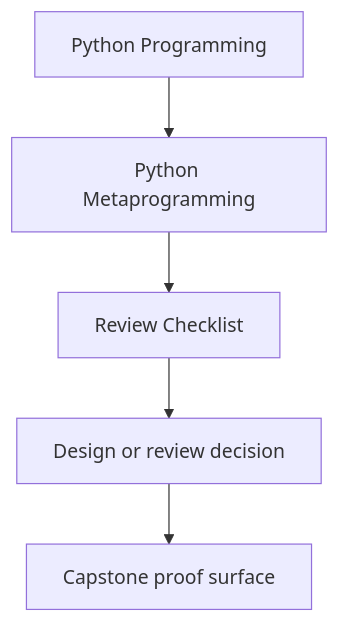
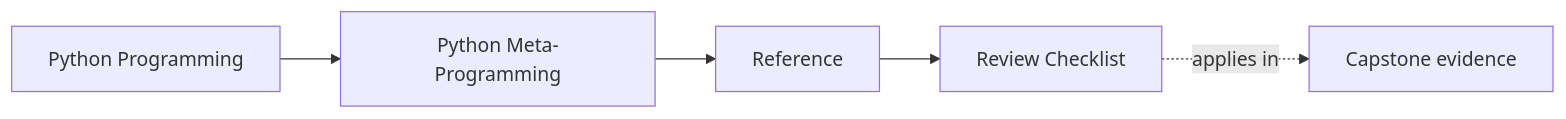
Before and after one commit to bijux/bijux-masterclass: the first of 2 diagrams in programs/python-programming/python-meta-programming/course-book/reference/review-checklist.md, drawn with Mermaid. The commit also changed other lines of this file and 91 other files, not shown here.

Commit message:
docs(python-meta-programming): map advanced runtime and capstone surfaces

````diff
--- a/programs/python-programming/python-meta-programming/course-book/reference/review-checklist.md
+++ b/programs/python-programming/python-meta-programming/course-book/reference/review-checklist.md
@@ -6,7 +6,11 @@
 ```mermaid
-flowchart TD
-  family["Python Programming"] --> program["Python Metaprogramming"]
-  program --> reference["Review Checklist"]
-  reference --> review["Design or review decision"]
-  review --> capstone["Capstone proof surface"]
+graph LR
+  family["Python Programming"]
+  program["Python Meta-Programming"]
+  section["Reference"]
+  page["Review Checklist"]
+  capstone["Capstone evidence"]
+
+  family --> program --> section --> page
+  page -.applies in.-> capstone
 ```
````
